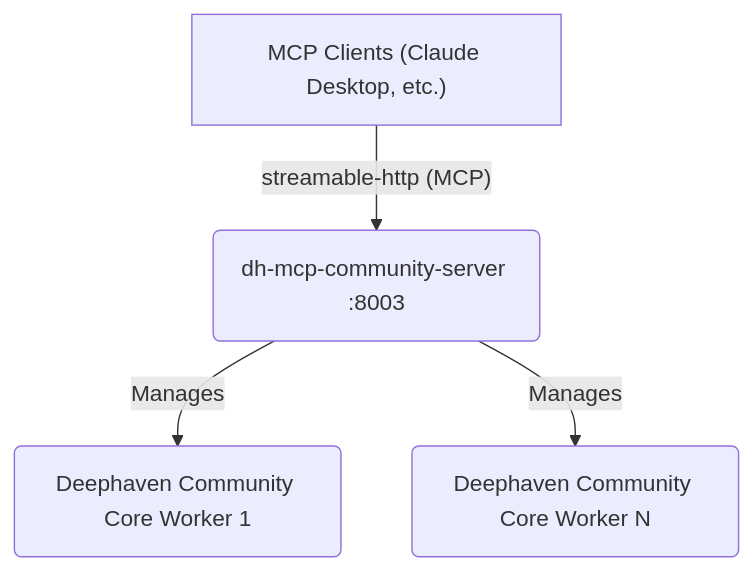
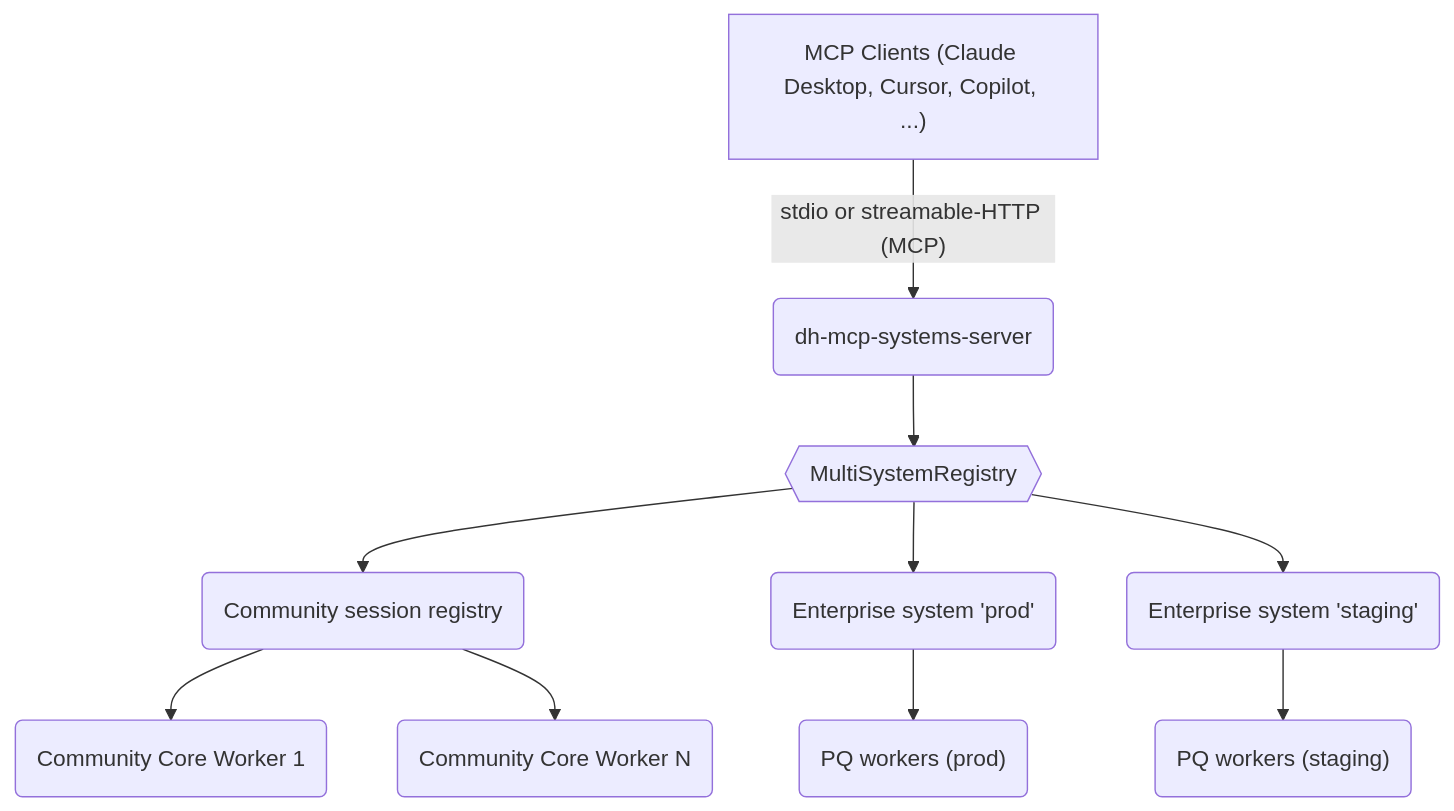
The first of 2 diagrams in README.md (deephaven/deephaven-mcp), drawn with Mermaid before and after one commit. The commit also changed other lines of this file and 180 other files, not shown here.

````diff
--- a/README.md
+++ b/README.md
@@ -482,6 +492,12 @@
 ```mermaid
 graph TD
-    A["MCP Clients (Claude Desktop, etc.)"] --"streamable-http (MCP)"--> B("dh-mcp-community-server :8003")
-    B --"Manages"--> C("Deephaven Community Core Worker 1")
-    B --"Manages"--> D("Deephaven Community Core Worker N")
+    A["MCP Clients (Claude Desktop, Cursor, Copilot, ...)"] --"stdio or streamable-HTTP (MCP)"--> S("dh-mcp-systems-server")
+    S --> R{{"MultiSystemRegistry"}}
+    R --> C("Community session registry")
+    R --> E1("Enterprise system 'prod'")
+    R --> E2("Enterprise system 'staging'")
+    C --> CW1("Community Core Worker 1")
+    C --> CW2("Community Core Worker N")
+    E1 --> EP("PQ workers (prod)")
+    E2 --> ES("PQ workers (staging)")
 ```
````
